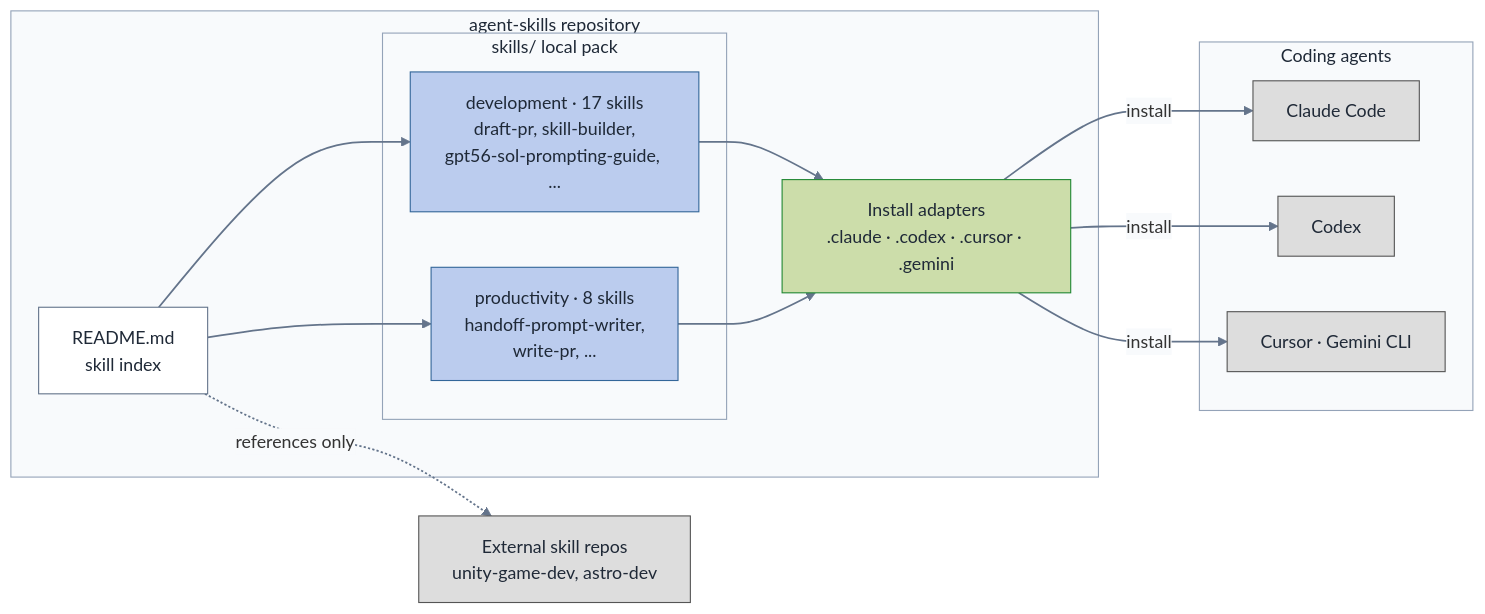
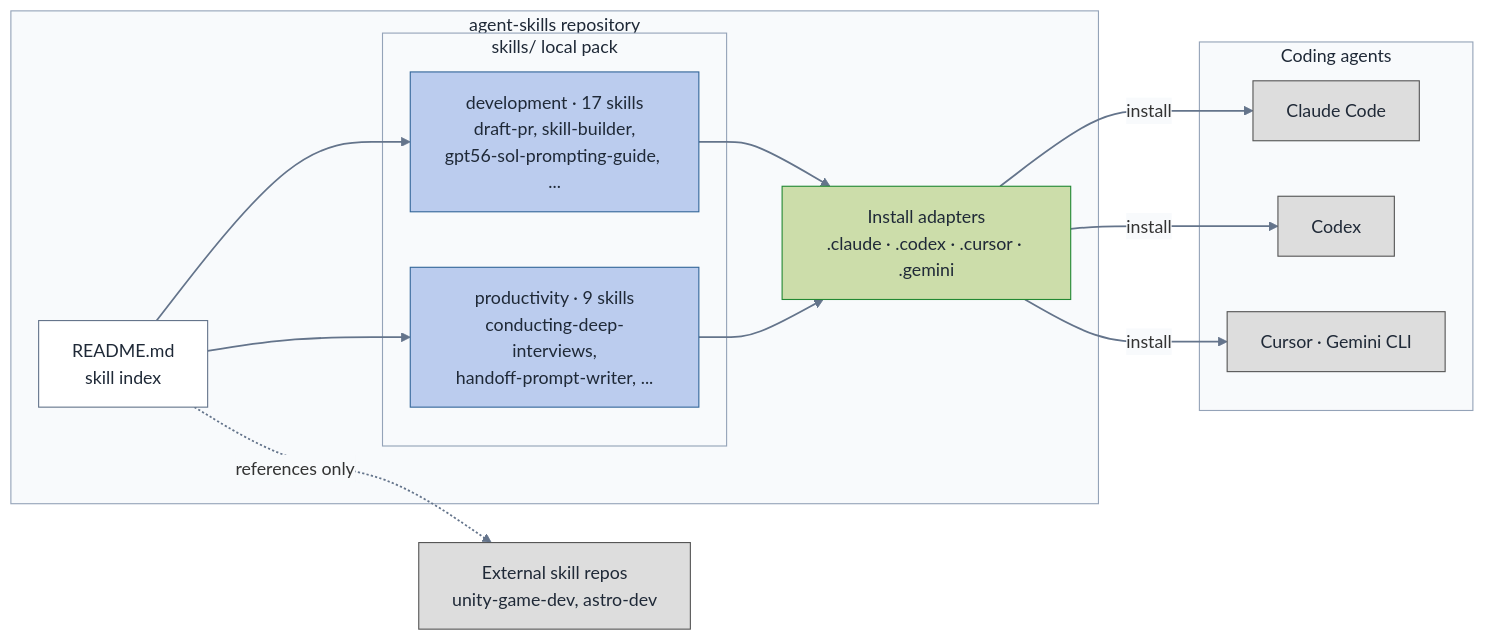
One commit to gigio1023/agent-skills changed the diagram in docs/repo-structure.md. Above: the diagram before and after it, drawn with Mermaid. The commit also changed 7 other files, not shown here.

````diff
--- a/docs/repo-structure.md
+++ b/docs/repo-structure.md
@@ -8,46 +8,46 @@
 ```mermaid
 ---
 config:
   theme: base
   themeVariables:
     textColor: "#1f2937"
     edgeLabelBackground: "#f8fafc"
 ---
 flowchart LR
   accTitle: agent-skills repository structure
   accDescr: Local skills in two categories are indexed by the README, exposed through per-harness install adapters, and installed into coding agents. External skill repos are referenced but not packaged.
 
   subgraph repo ["agent-skills repository"]
     IDX["README.md<br/>skill index"]
     subgraph pack ["skills/ local pack"]
       DEV["development · 17 skills<br/>draft-pr, skill-builder,<br/>gpt56-sol-prompting-guide, ..."]
-      PROD["productivity · 8 skills<br/>handoff-prompt-writer,<br/>write-pr, ..."]
+      PROD["productivity · 9 skills<br/>conducting-deep-interviews,<br/>handoff-prompt-writer, ..."]
     end
     ADP["Install adapters<br/>.claude · .codex · .cursor · .gemini"]
   end
 
   EXT["External skill repos<br/>unity-game-dev, astro-dev"]
 
   subgraph agents ["Coding agents"]
     CC["Claude Code"]
     CX["Codex"]
     OT["Cursor · Gemini CLI"]
   end
 
   IDX --> DEV & PROD
   IDX -.->|references only| EXT
   DEV & PROD --> ADP
   ADP -->|install| CC & CX & OT
 
   classDef packNode fill:#BBCCEE,stroke:#336699,color:#1f2937;
   classDef adapter fill:#CCDDAA,stroke:#228833,color:#1f2937;
   classDef outside fill:#DDDDDD,stroke:#555555,color:#1f2937;
   classDef boundary fill:#f8fafc,stroke:#94a3b8,color:#1f2937;
   classDef index fill:#ffffff,stroke:#64748b,color:#1f2937;
   class DEV,PROD packNode;
   class ADP adapter;
   class CC,CX,OT,EXT outside;
   class repo,pack,agents boundary;
   class IDX index;
   linkStyle default stroke:#64748b,stroke-width:1.6px;
 ```
````
